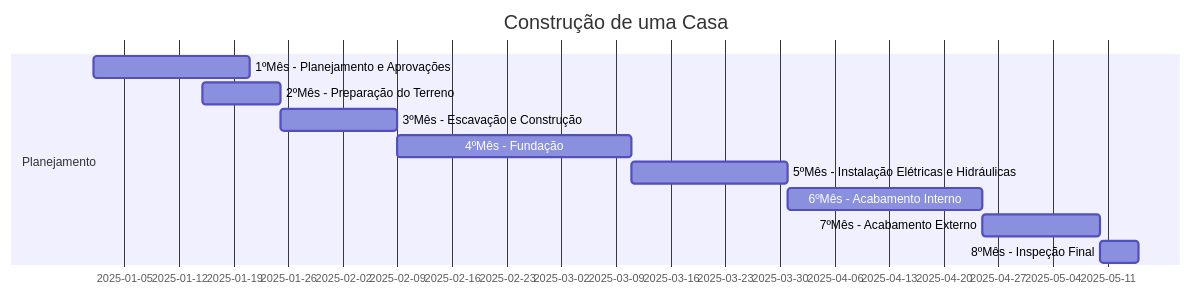
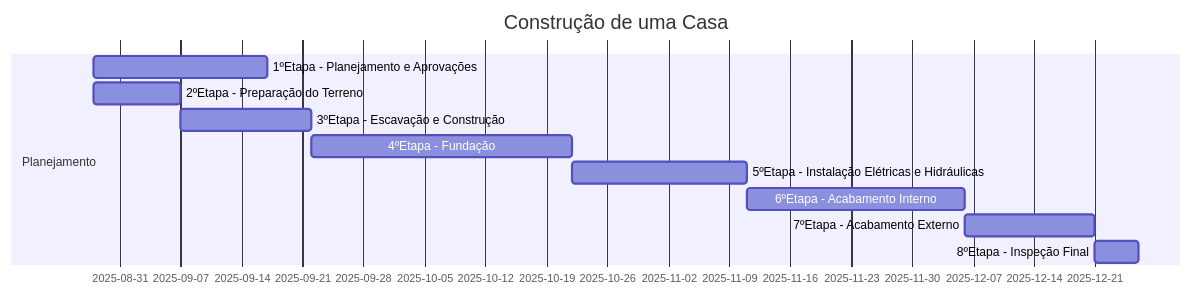
The diagram in README.md (AnandaMazine/Grafico-Gantt), drawn with Mermaid before and after one commit.

````diff
--- a/README.md
+++ b/README.md
@@ -1,15 +1,15 @@
 ```mermaid
 gantt
 title Construção de uma Casa
 dateFormat YYYY-MM-DD
 section Planejamento
-1ºMês - Planejamento e Aprovações:active pa, 2025-01-01, 20d
-2ºMês - Preparação do Terreno: pt, 2025-01-15, 10d
-3ºMês - Escavação e Construção:active a3, after a2, 15d
-4ºMês - Fundação: a4, after a3, 30d
-5ºMês - Instalação Elétricas e Hidráulicas:a5, after a4, 20d
-6ºMês - Acabamento Interno:a6, after a5, 25d
-7ºMês - Acabamento Externo:a7, after a6, 15d
-8ºMês - Inspeção Final:a8, after a7, 5d
+1ºEtapa - Planejamento e Aprovações:active pa, 2025-08-28, 20d
+2ºEtapa - Preparação do Terreno: pt, after pa, 10d
+3ºEtapa - Escavação e Construção:ec, after pt, 15d
+4ºEtapa - Fundação:fu, after ec, 30d
+5ºEtapa - Instalação Elétricas e Hidráulicas:eh, after fu, 20d
+6ºEtapa - Acabamento Interno:ai, after eh, 25d
+7ºEtapa - Acabamento Externo:ae, after ai, 15d
+8ºEtapa - Inspeção Final:if, after ae, 5d
 
 ```
````
